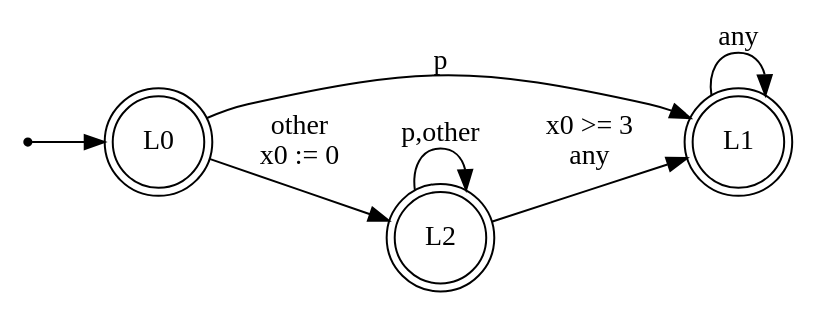
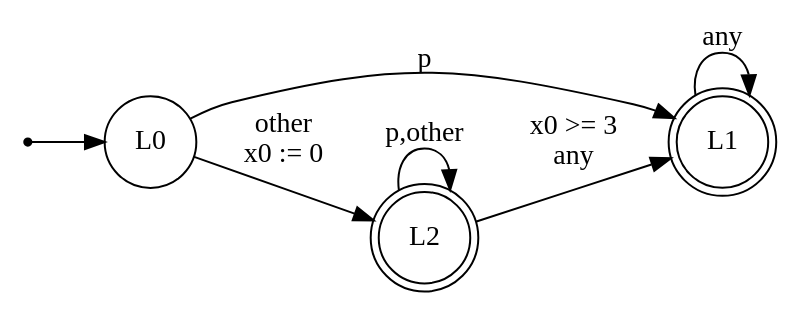
One commit to efares1/rocq-mtl-to-tba-translation changed the diagram in evaluation/compile_dot_random/X47.dot. Above: the diagram before and after it, drawn with Graphviz. The commit also changed 105 other files, not shown here.

```diff
--- a/evaluation/compile_dot_random/X47.dot
+++ b/evaluation/compile_dot_random/X47.dot
@@ -1,14 +1,14 @@
 digraph TBA {
   rankdir=LR;
   node [shape=circle];
   init [shape=point];
   init -> L0;
-  L0 [shape=doublecircle, label="L0"];
+  L0 [shape=circle, label="L0"];
   L1 [shape=doublecircle, label="L1"];
   L2 [shape=doublecircle, label="L2"];
   L0 -> L1 [label="p"];
   L0 -> L2 [label="other\nx0 := 0"];
   L1 -> L1 [label="any"];
   L2 -> L1 [label="x0 >= 3\nany"];
   L2 -> L2 [label="p,other"];
 }
```
